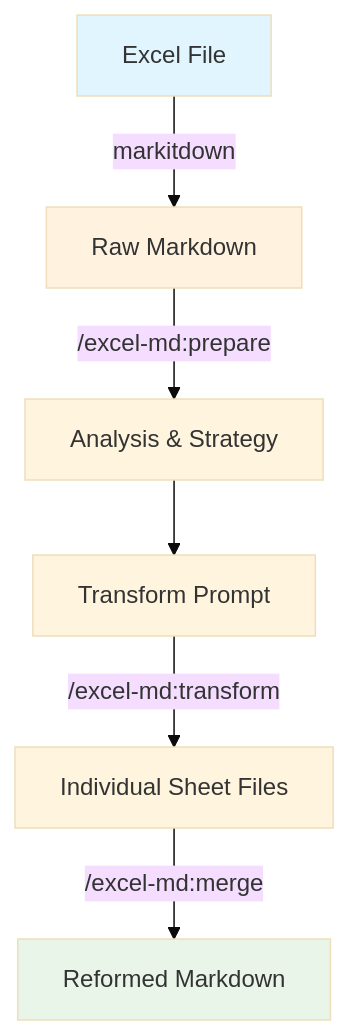
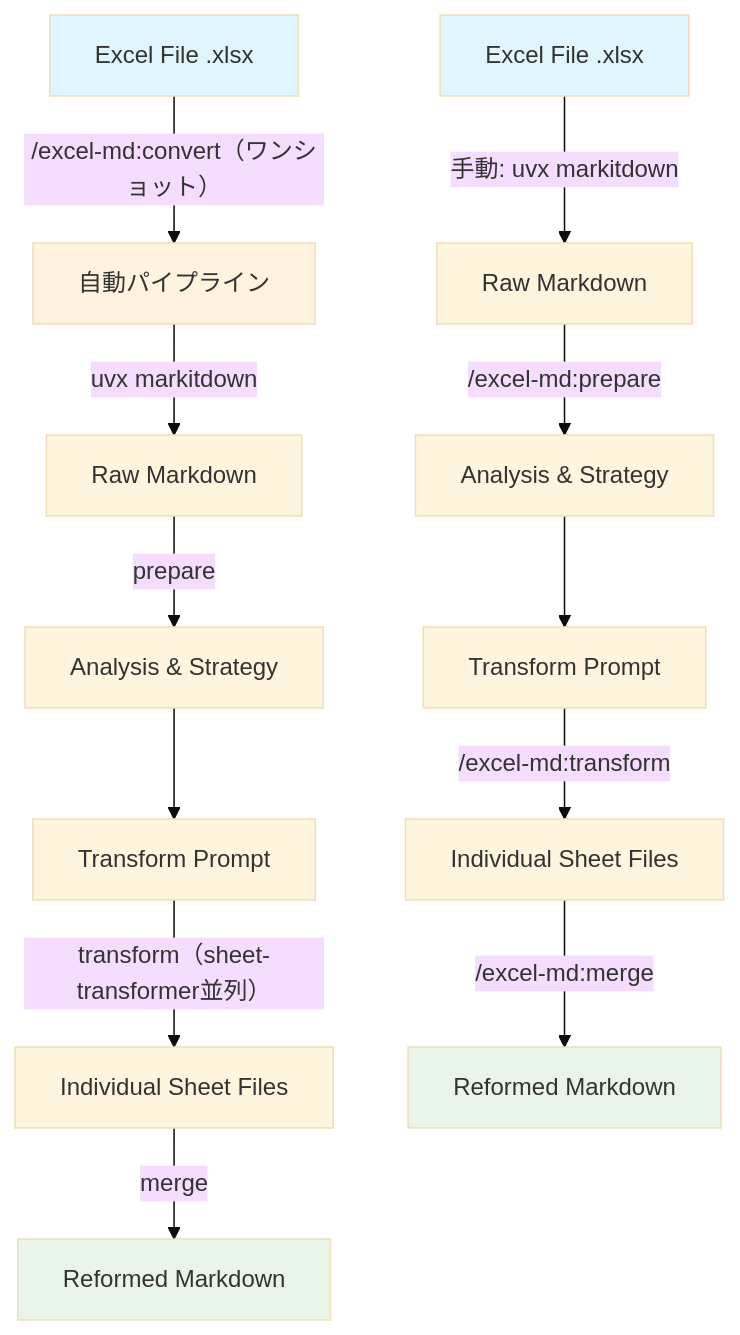
Before and after one commit to nyankotaro/claude-excel-markdown-reformatter: the diagram in plugins/excel-md/README.md, drawn with Mermaid (base theme). The commit also changed other lines of this file and 5 other files, not shown here.

````diff
--- a/plugins/excel-md/README.md
+++ b/plugins/excel-md/README.md
@@ -23,12 +24,21 @@
 ```mermaid
 graph TD
-    A[Excel File] -->|markitdown| B[Raw Markdown]
-    B -->|/excel-md:prepare| C[Analysis & Strategy]
+    X[Excel File .xlsx] -->|"/excel-md:convert（ワンショット）"| AUTO[自動パイプライン]
+    AUTO -->|uvx markitdown| B[Raw Markdown]
+    B -->|prepare| C[Analysis & Strategy]
     C --> D[Transform Prompt]
-    D -->|/excel-md:transform| E[Individual Sheet Files]
-    E -->|/excel-md:merge| F[Reformed Markdown]
+    D -->|"transform（sheet-transformer並列）"| E[Individual Sheet Files]
+    E -->|merge| F[Reformed Markdown]
 
-    style A fill:#e1f5fe
-    style B fill:#fff3e0
+    X2[Excel File .xlsx] -->|手動: uvx markitdown| B2[Raw Markdown]
+    B2 -->|"/excel-md:prepare"| C2[Analysis & Strategy]
+    C2 --> D2[Transform Prompt]
+    D2 -->|"/excel-md:transform"| E2[Individual Sheet Files]
+    E2 -->|"/excel-md:merge"| F2[Reformed Markdown]
+
+    style X fill:#e1f5fe
+    style X2 fill:#e1f5fe
     style F fill:#e8f5e8
+    style F2 fill:#e8f5e8
+    style AUTO fill:#fff3e0
 ```
````
